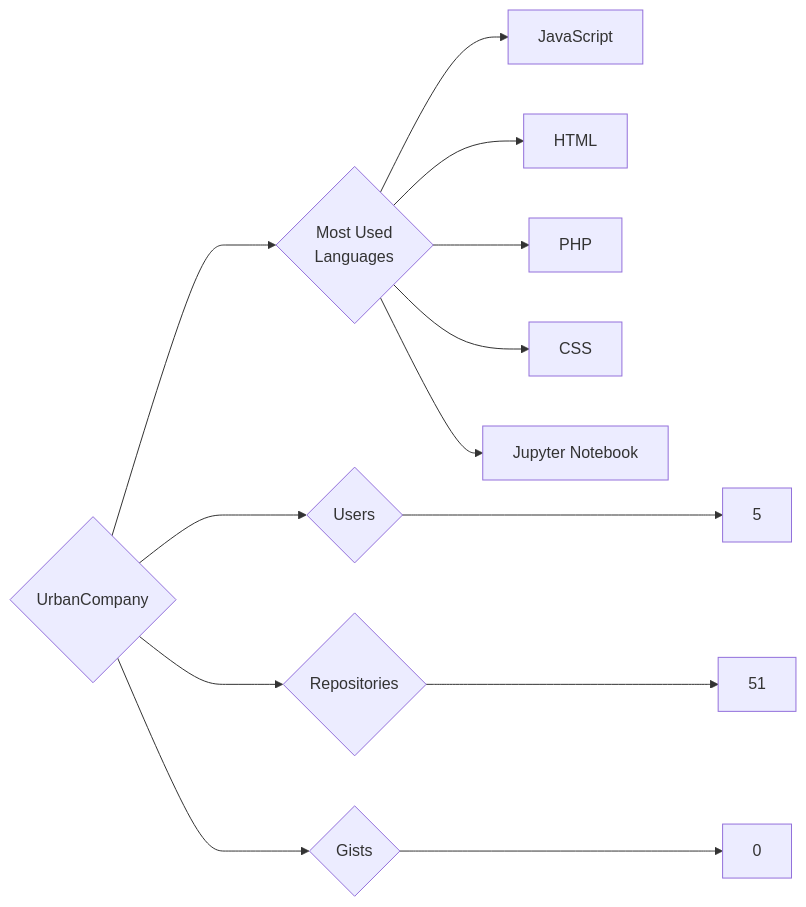
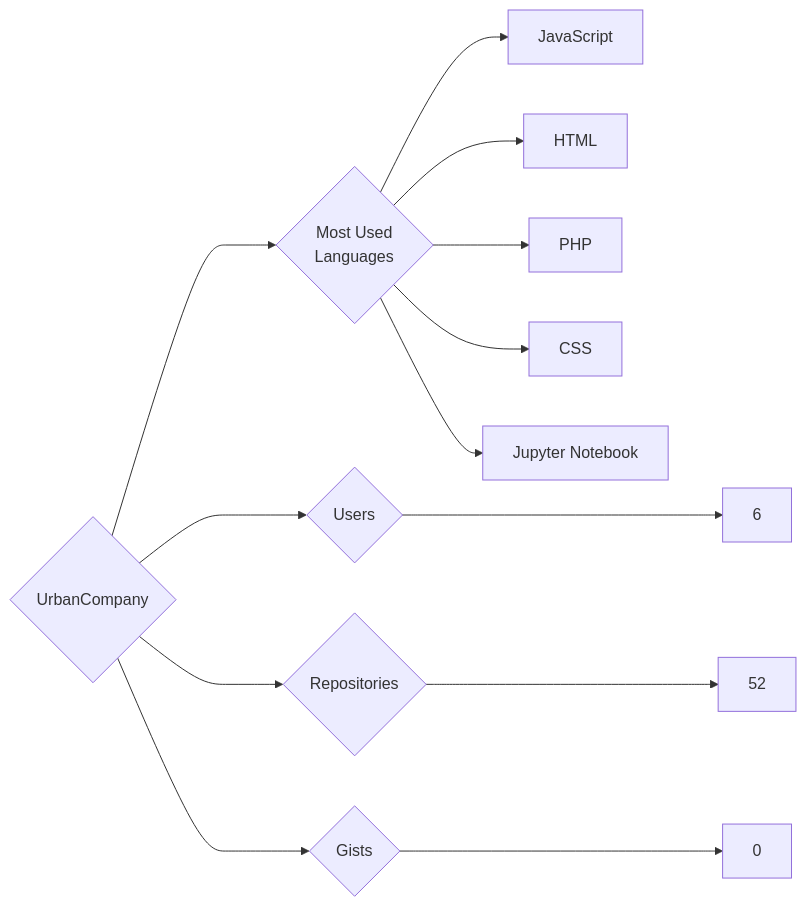
Before and after one commit to trickest/insiders: the diagram in targets/UrbanCompany/README.md, drawn with Mermaid. The commit also changed 965 other files, not shown here.

````diff
--- a/targets/UrbanCompany/README.md
+++ b/targets/UrbanCompany/README.md
@@ -3,13 +3,13 @@
 ```mermaid
 graph LR
 COMPANY_NAME{UrbanCompany}
-COMPANY_NAME ---> U{Users} ---> UN[5]
-COMPANY_NAME ---> R{Repositories} ---> RN[51]
+COMPANY_NAME ---> U{Users} ---> UN[6]
+COMPANY_NAME ---> R{Repositories} ---> RN[52]
 COMPANY_NAME ---> G{Gists} ---> GN[0]
 COMPANY_NAME ---> ML{Most Used<br>Languages}
 ML --> JavaScript[JavaScript]
 ML --> HTML[HTML]
 ML --> PHP[PHP]
 ML --> CSS[CSS]
 ML --> Jupyter_Notebook[Jupyter Notebook]
 ```
````
